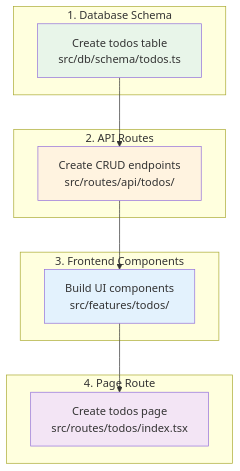
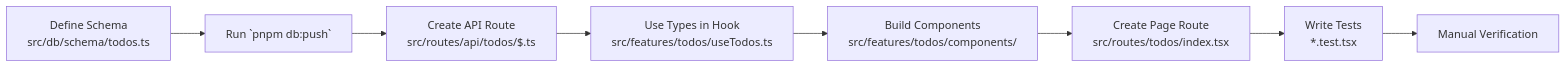
Before and after one commit to vburghelea/solstice: the second of 2 diagrams in LEARN_FULLSTACK.md, drawn with Mermaid. The commit also changed other lines of this file and 13 other files, not shown here.

````diff
--- a/LEARN_FULLSTACK.md
+++ b/LEARN_FULLSTACK.md
@@ -509,27 +210,10 @@
 ```mermaid
-graph TD
-    subgraph "1. Database Schema"
-        Schema[Create todos table<br/>src/db/schema/todos.ts]
-    end
-
-    subgraph "2. API Routes"
-        API[Create CRUD endpoints<br/>src/routes/api/todos/]
-    end
-
-    subgraph "3. Frontend Components"
-        Comp[Build UI components<br/>src/features/todos/]
-    end
-
-    subgraph "4. Page Route"
-        Page[Create todos page<br/>src/routes/todos/index.tsx]
-    end
-
-    Schema --> API
-    API --> Comp
-    Comp --> Page
-
-    style Schema fill:#e8f5e9
-    style API fill:#fff3e0
-    style Comp fill:#e3f2fd
-    style Page fill:#f3e5f5
+graph LR
+  A[Define Schema<br/>src/db/schema/todos.ts] --> B[Run `pnpm db:push`]
+  B --> C[Create API Route<br/>src/routes/api/todos/$.ts]
+  C --> D[Use Types in Hook<br/>src/features/todos/useTodos.ts]
+  D --> E[Build Components<br/>src/features/todos/components/]
+  E --> F[Create Page Route<br/>src/routes/todos/index.tsx]
+  F --> G[Write Tests<br/>*.test.tsx]
+  G --> H[Manual Verification]
 ```
````
